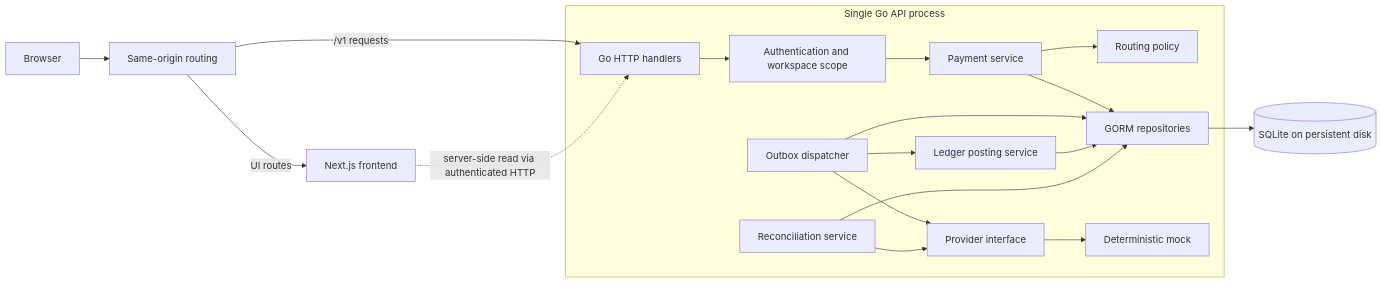
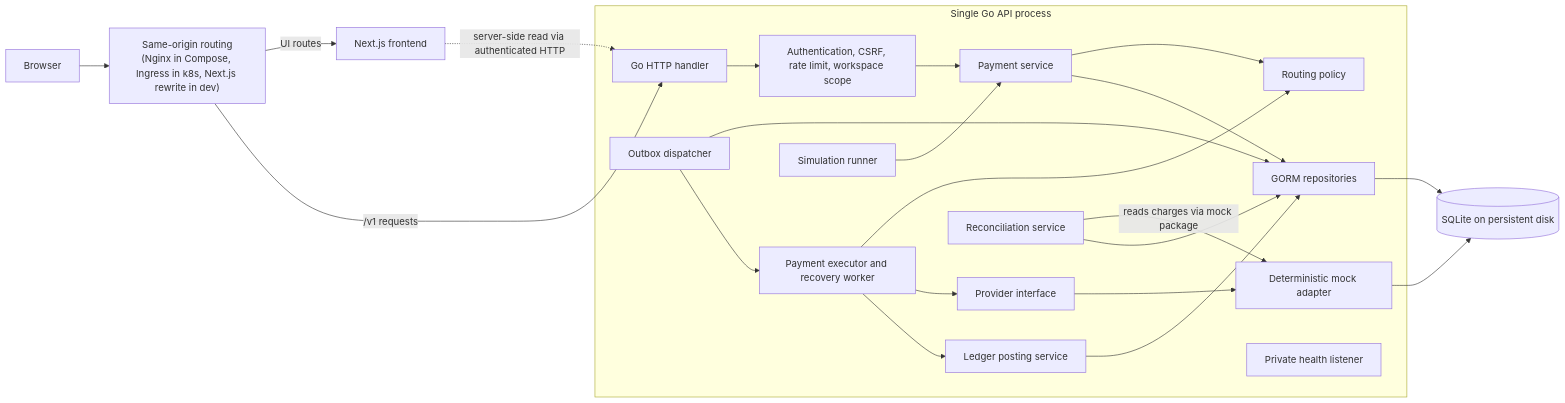
The diagram in docs/architecture.md (bibekgupta3333/payment-orchestration-railvanta), drawn with Mermaid before and after one commit. The commit also changed other lines of this file and 2 other files, not shown here.

Commit message:
Describe implemented architecture and frontend, note wireframe differences

````diff
--- a/docs/architecture.md
+++ b/docs/architecture.md
@@ -60,21 +75,26 @@
 ```mermaid
 flowchart LR
-    Browser[Browser] --> Edge[Same-origin routing]
+    Browser[Browser] --> Edge["Same-origin routing<br/>(Nginx in Compose, Ingress in k8s, Next.js rewrite in dev)"]
     Edge -->|UI routes| Next[Next.js frontend]
-    Edge -->|/v1 requests| HTTP[Go HTTP handlers]
+    Edge -->|/v1 requests| HTTP[Go HTTP handler]
     subgraph API[Single Go API process]
-        HTTP --> Auth[Authentication and workspace scope]
+        HTTP --> Auth[Authentication, CSRF, rate limit, workspace scope]
         Auth --> Payments[Payment service]
         Payments --> Routing[Routing policy]
         Payments --> Store[GORM repositories]
         Dispatch[Outbox dispatcher] --> Store
-        Dispatch --> Adapter[Provider interface]
-        Adapter --> Mock[Deterministic mock]
-        Dispatch --> Ledger[Ledger posting service]
+        Dispatch --> Executor[Payment executor and recovery worker]
+        Executor --> Routing
+        Executor --> Adapter[Provider interface]
+        Adapter --> Mock[Deterministic mock adapter]
+        Executor --> Ledger[Ledger posting service]
         Ledger --> Store
-        Reconcile[Reconciliation service] --> Adapter
+        Reconcile[Reconciliation service] -->|reads charges via mock package| Mock
         Reconcile --> Store
+        Sim[Simulation runner] --> Payments
+        Health[Private health listener]
     end
+    Mock --> DB
     Store --> DB[(SQLite on persistent disk)]
     Next -. server-side read via authenticated HTTP .-> HTTP
 ```
````
